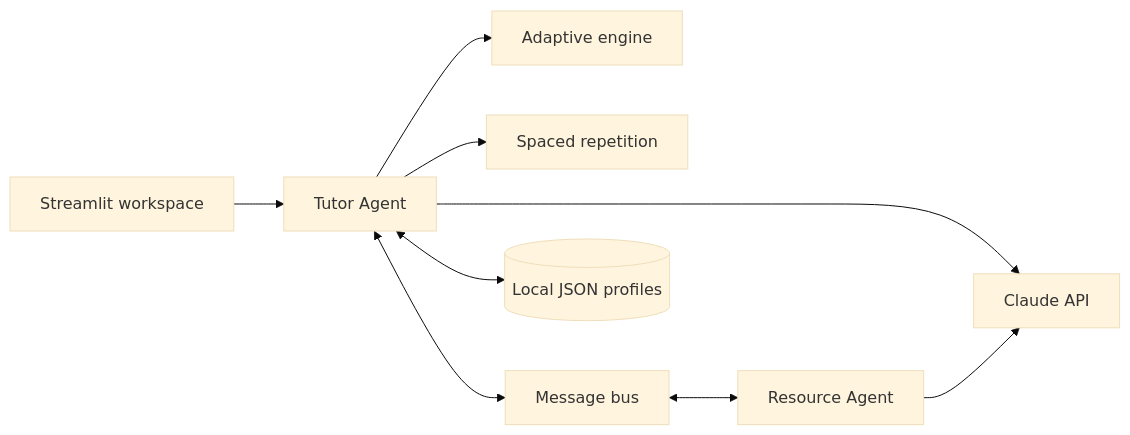
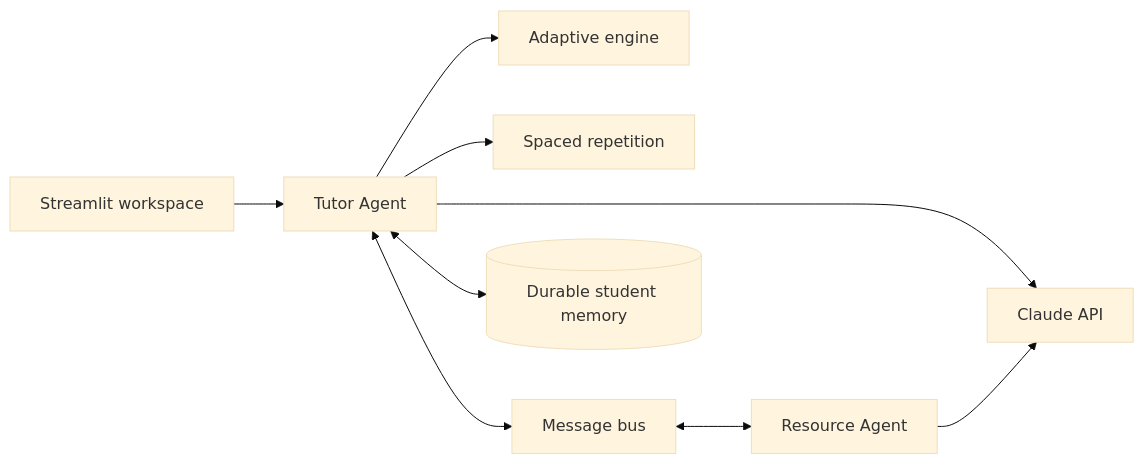
The diagram in README.md (PranaPragada7/Study-Tutor-Agent), drawn with Mermaid (base theme) before and after one commit. The commit also changed other lines of this file and 16 other files, not shown here.

Commit message:
Add durable student memory and remove offline mode

````diff
--- a/README.md
+++ b/README.md
@@ -25,11 +24,11 @@
 ```mermaid
 flowchart LR
     UI[Streamlit workspace] --> TA[Tutor Agent]
     TA --> AE[Adaptive engine]
     TA --> SR[Spaced repetition]
     TA <--> MB[Message bus]
     MB <--> RA[Resource Agent]
     TA --> LLM[Claude API]
     RA --> LLM
-    TA <--> P[(Local JSON profiles)]
+    TA <--> P[(Durable student memory)]
 ```
````
